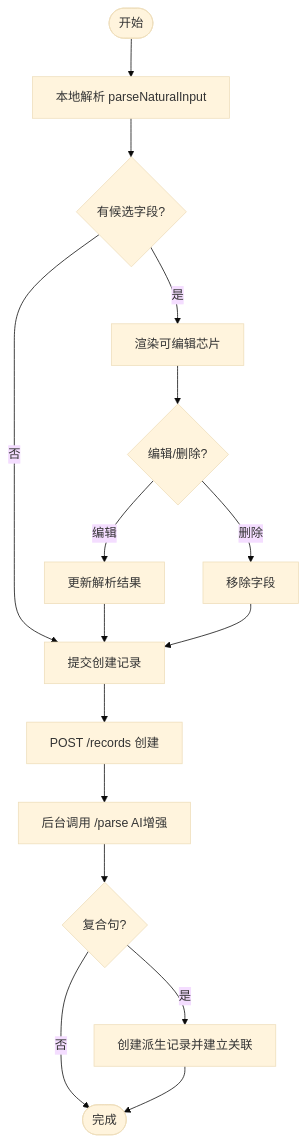
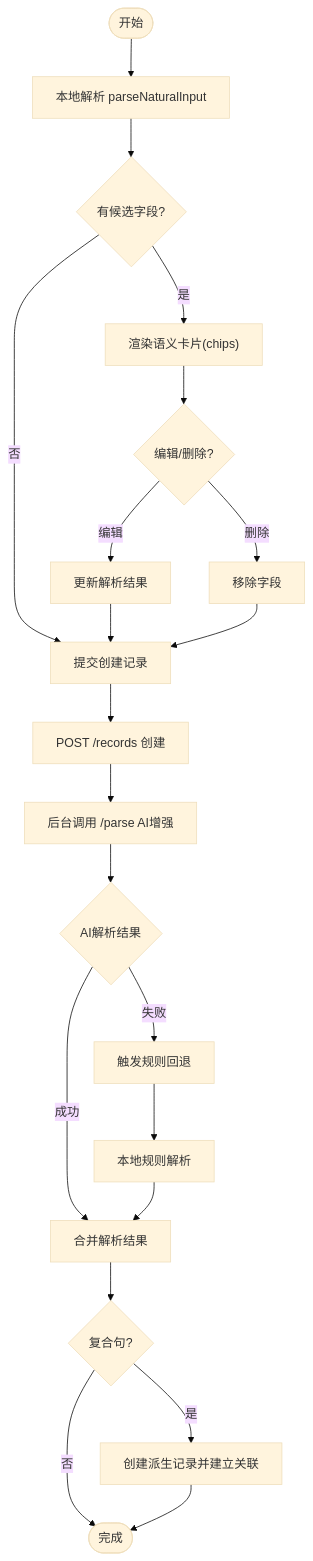
One commit to bbong1234/TETO changed the third of 4 diagrams in .qoder/repowiki/zh/content/UI组件系统/业务组件.md. Above: the diagram before and after it, drawn with Mermaid (base theme). The commit also changed other lines of this file and 10 other files, not shown here.

````diff
--- a/.qoder/repowiki/zh/content/UI组件系统/业务组件.md
+++ b/.qoder/repowiki/zh/content/UI组件系统/业务组件.md
@@ -281,18 +300,23 @@
 ```mermaid
 flowchart TD
 Start(["开始"]) --> Parse["本地解析 parseNaturalInput"]
 Parse --> HasChips{"有候选字段?"}
-HasChips --> |是| Chips["渲染可编辑芯片"]
+HasChips --> |是| Chips["渲染语义卡片(chips)"]
 HasChips --> |否| Submit["提交创建记录"]
 Chips --> EditOrRemove{"编辑/删除?"}
 EditOrRemove --> |编辑| UpdateParsed["更新解析结果"]
 EditOrRemove --> |删除| RemoveField["移除字段"]
 UpdateParsed --> Submit
 RemoveField --> Submit
 Submit --> Create["POST /records 创建"]
 Create --> Enhance["后台调用 /parse AI增强"]
-Enhance --> Split{"复合句?"}
+Enhance --> AIResult{"AI解析结果"}
+AIResult --> |成功| MergeResult["合并解析结果"]
+AIResult --> |失败| Fallback["触发规则回退"]
+Fallback --> LocalParse["本地规则解析"]
+LocalParse --> MergeResult
+MergeResult --> Split{"复合句?"}
 Split --> |是| CreateDerived["创建派生记录并建立关联"]
 Split --> |否| Done(["完成"])
 CreateDerived --> Done
 ```
````
